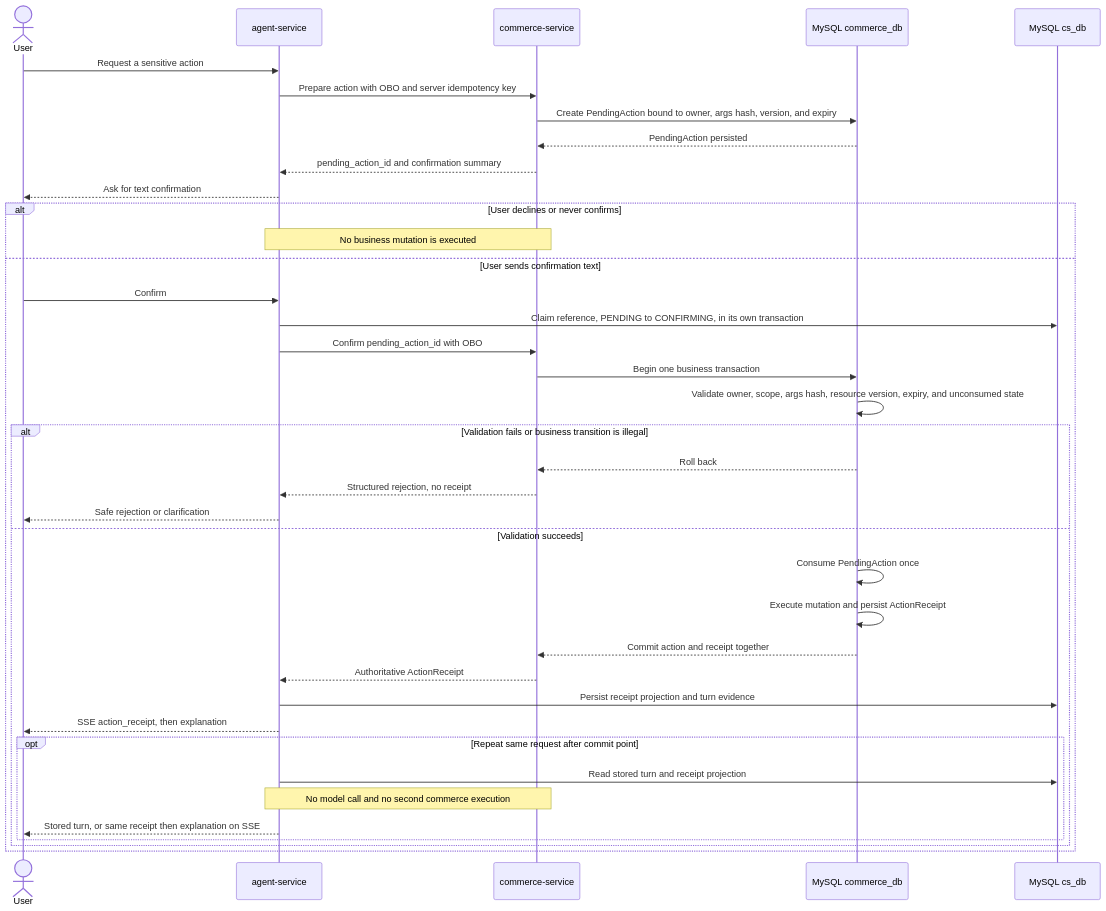
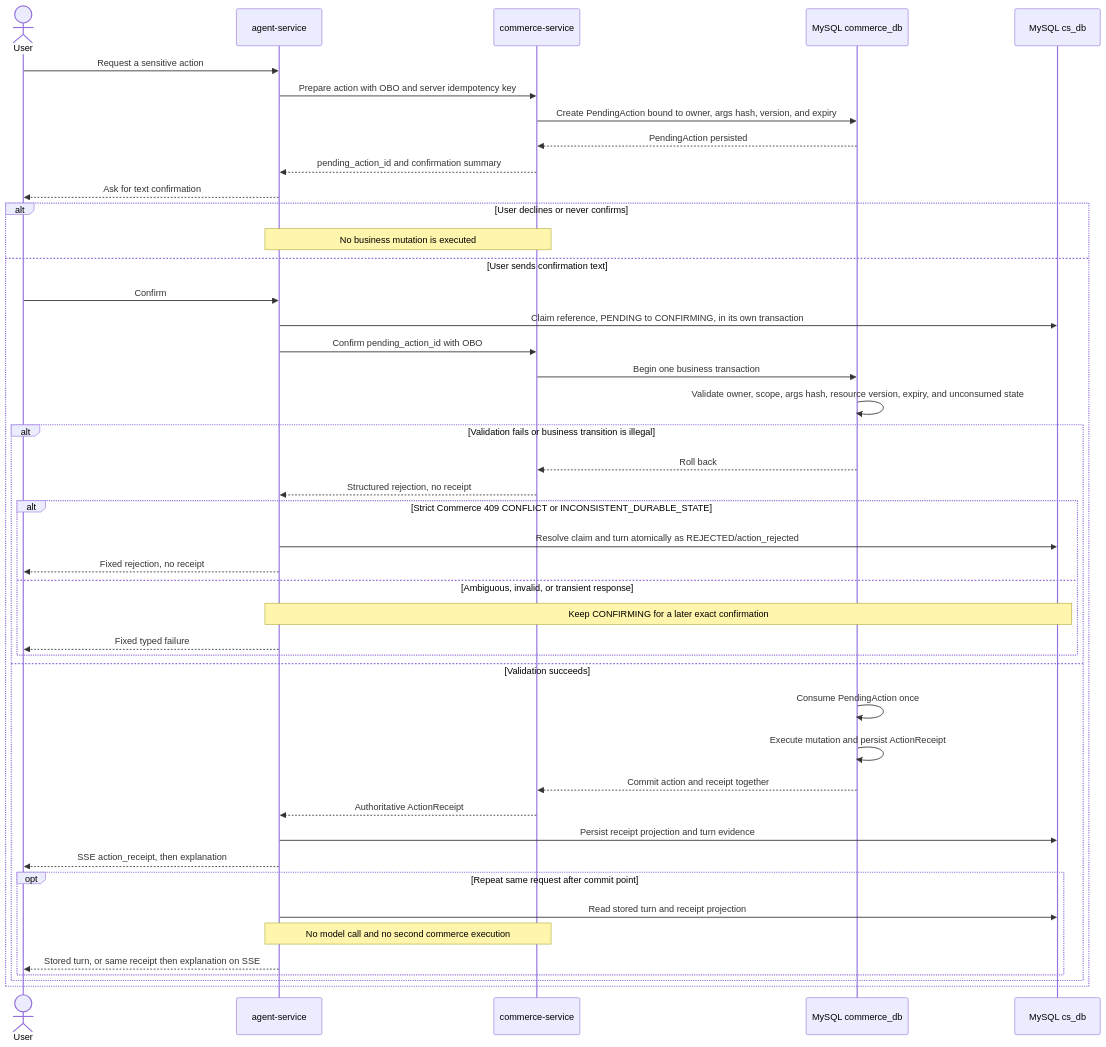
One commit to ChanTso/citybuddy changed the third of 3 diagrams in docs/CONTRACTS.md. Above: the diagram before and after it, drawn with Mermaid. The commit also changed other lines of this file and 26 other files, not shown here.

Commit message:
Resolve deterministic action confirmation rejections

````diff
--- a/docs/CONTRACTS.md
+++ b/docs/CONTRACTS.md
@@ -544,42 +551,48 @@
 ```mermaid
 sequenceDiagram
     actor U as User
     participant G as agent-service
     participant C as commerce-service
     participant D as MySQL commerce_db
     participant E as MySQL cs_db
 
     U->>G: Request a sensitive action
     G->>C: Prepare action with OBO and server idempotency key
     C->>D: Create PendingAction bound to owner, args hash, version, and expiry
     D-->>C: PendingAction persisted
     C-->>G: pending_action_id and confirmation summary
     G-->>U: Ask for text confirmation
 
     alt User declines or never confirms
         Note over G,C: No business mutation is executed
     else User sends confirmation text
         U->>G: Confirm
         G->>E: Claim reference, PENDING to CONFIRMING, in its own transaction
         G->>C: Confirm pending_action_id with OBO
         C->>D: Begin one business transaction
         D->>D: Validate owner, scope, args hash, resource version, expiry, and unconsumed state
         alt Validation fails or business transition is illegal
             D-->>C: Roll back
             C-->>G: Structured rejection, no receipt
-            G-->>U: Safe rejection or clarification
+            alt Strict Commerce 409 CONFLICT or INCONSISTENT_DURABLE_STATE
+                G->>E: Resolve claim and turn atomically as REJECTED/action_rejected
+                G-->>U: Fixed rejection, no receipt
+            else Ambiguous, invalid, or transient response
+                Note over G,E: Keep CONFIRMING for a later exact confirmation
+                G-->>U: Fixed typed failure
+            end
         else Validation succeeds
             D->>D: Consume PendingAction once
             D->>D: Execute mutation and persist ActionReceipt
             D-->>C: Commit action and receipt together
             C-->>G: Authoritative ActionReceipt
             G->>E: Persist receipt projection and turn evidence
             G-->>U: SSE action_receipt, then explanation
             opt Repeat same request after commit point
                 G->>E: Read stored turn and receipt projection
                 Note over G,C: No model call and no second commerce execution
                 G-->>U: Stored turn, or same receipt then explanation on SSE
             end
         end
     end
 ```
````
